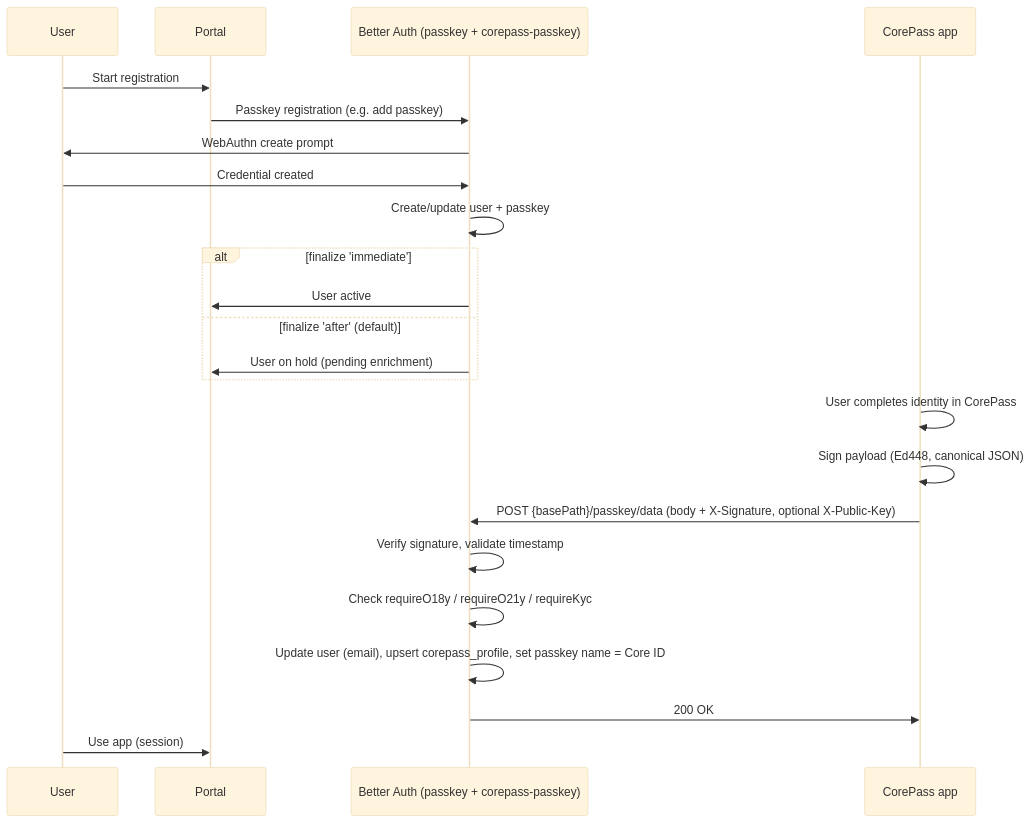
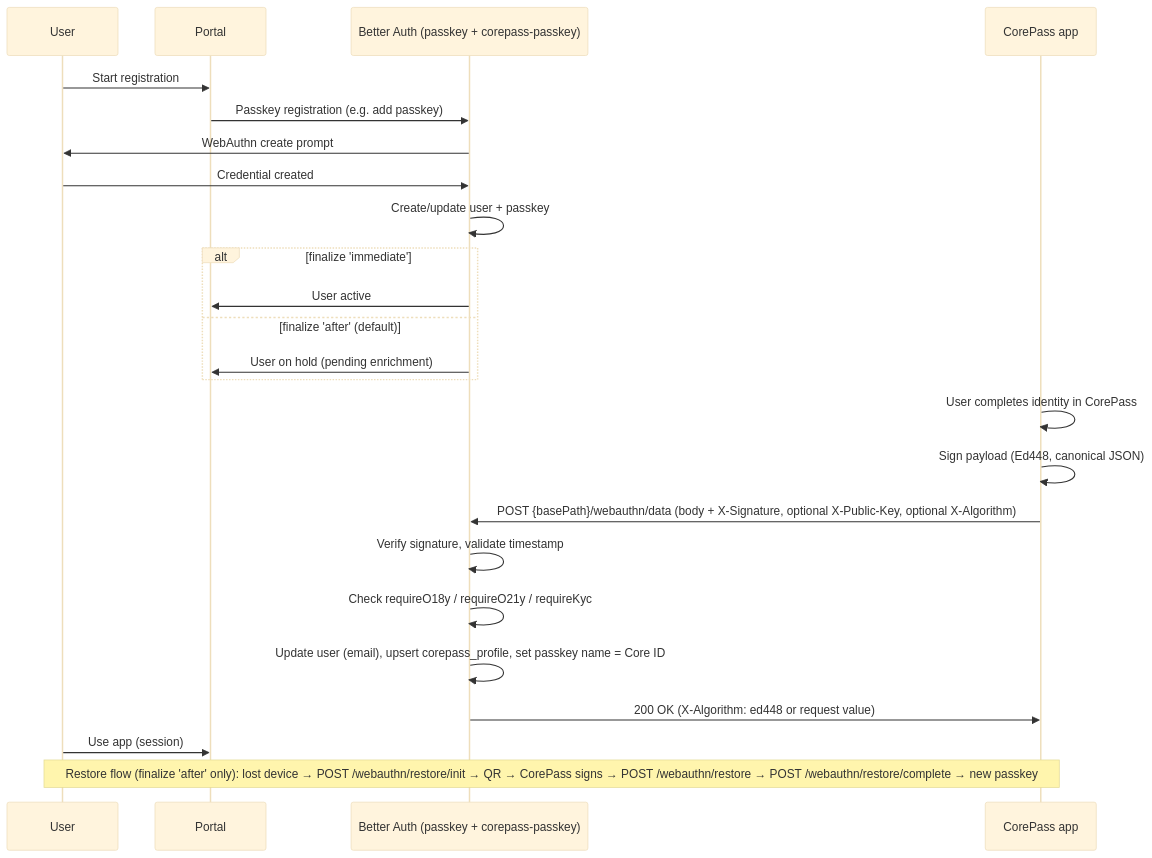
Before and after one commit to CorePass/better-auth-corepass-passkey: the first of 2 diagrams in README.md, drawn with Mermaid (base theme). The commit also changed other lines of this file and 2 other files, not shown here.

First line of the commit message:
feat: rename enrichment endpoint to /webauthn/data and add X-Algorithm support

````diff
--- a/README.md
+++ b/README.md
@@ -38,29 +38,31 @@
 ```mermaid
 sequenceDiagram
     participant User
     participant Portal
     participant BetterAuth as Better Auth (passkey + corepass-passkey)
     participant CorePass as CorePass app
 
     User->>Portal: Start registration
     Portal->>BetterAuth: Passkey registration (e.g. add passkey)
     BetterAuth->>User: WebAuthn create prompt
     User->>BetterAuth: Credential created
     BetterAuth->>BetterAuth: Create/update user + passkey
 
     alt finalize 'immediate'
         BetterAuth->>Portal: User active
     else finalize 'after' (default)
         BetterAuth->>Portal: User on hold (pending enrichment)
     end
 
     CorePass->>CorePass: User completes identity in CorePass
     CorePass->>CorePass: Sign payload (Ed448, canonical JSON)
-    CorePass->>BetterAuth: POST {basePath}/passkey/data (body + X-Signature, optional X-Public-Key)
+    CorePass->>BetterAuth: POST {basePath}/webauthn/data (body + X-Signature, optional X-Public-Key, optional X-Algorithm)
     BetterAuth->>BetterAuth: Verify signature, validate timestamp
     BetterAuth->>BetterAuth: Check requireO18y / requireO21y / requireKyc
     BetterAuth->>BetterAuth: Update user (email), upsert corepass_profile, set passkey name = Core ID
-    BetterAuth->>CorePass: 200 OK
+    BetterAuth->>CorePass: 200 OK (X-Algorithm: ed448 or request value)
 
     User->>Portal: Use app (session)
+
+    Note over User,CorePass: Restore flow (finalize 'after' only): lost device → POST /webauthn/restore/init → QR → CorePass signs → POST /webauthn/restore → POST /webauthn/restore/complete → new passkey
 ```
````
